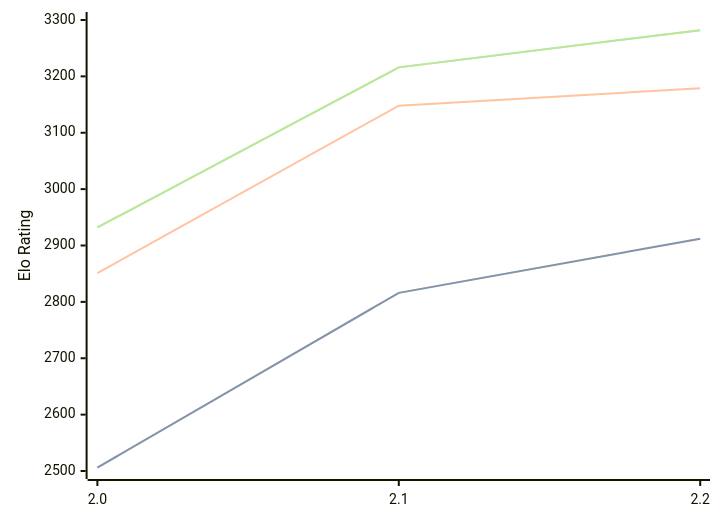
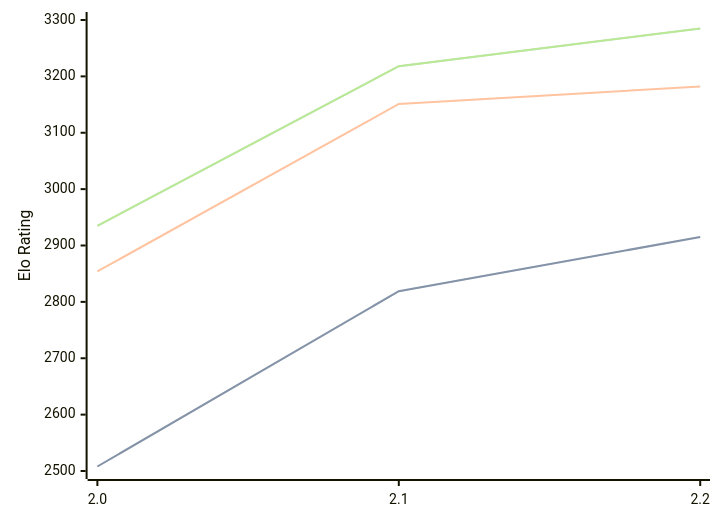
One commit to computer-chess-index/cci changed the diagram in engines/Tunguska.md. Above: the diagram before and after it, drawn with Mermaid. The commit also changed other lines of this file, not shown here.

Commit message:
Update CCI Ratings (ELO VLTC) - 2026-09-24

````diff
--- a/engines/Tunguska.md
+++ b/engines/Tunguska.md
@@ -33,11 +33,11 @@
 ```mermaid
 %%{init: {"theme":"base","themeVariables":{"seriesColors:['#a3a3a3','#222221','#faa371']}}}%%
 xychart-beta
   x-axis ["2.0", "2.1", "2.2"]
   y-axis "Elo Rating" 2500 --> 3300
-  line "" [2506, 2816, 2912]
-  line "STC (8.0+0.08s)" [2506, 2816, 2912]
-  line "LTC (60.0+0.60s)" [2851, 3148, 3179]
-  line "" [2932, 3216, 3282]
-  line "VLTC (2m24s+1.12s)" [2932, 3216, 3282]
+  line "" [2508, 2819, 2915]
+  line "STC (8.0+0.08s)" [2508, 2819, 2915]
+  line "LTC (60.0+0.60s)" [2854, 3151, 3182]
+  line "" [2935, 3218, 3285]
+  line "VLTC (2m24s+1.12s)" [2935, 3218, 3285]
 ```
````
